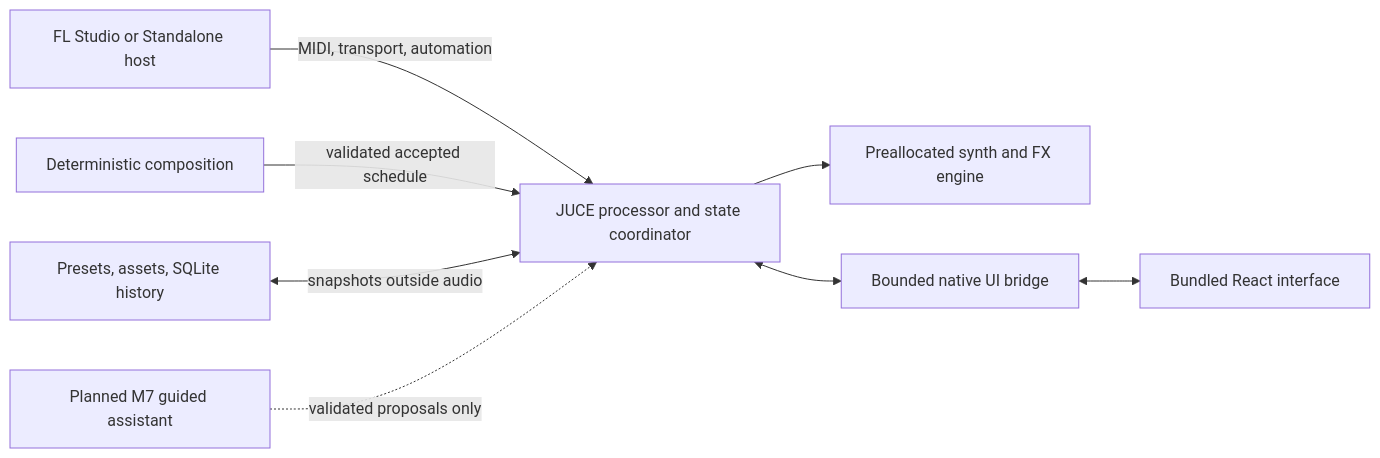
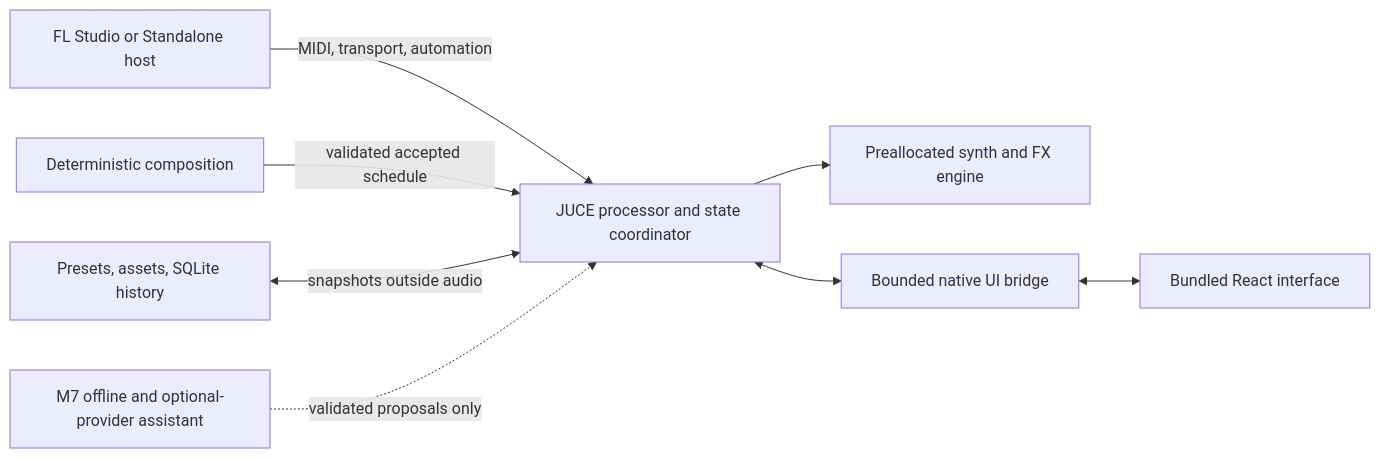
One commit to HermannPR/folk-park changed the diagram in README.md. Above: the diagram before and after it, drawn with Mermaid. The commit also changed other lines of this file and 8 other files, not shown here.

````diff
--- a/README.md
+++ b/README.md
@@ -48,10 +48,10 @@
 ```mermaid
 flowchart LR
     Host[FL Studio or Standalone host] -->|MIDI, transport, automation| Processor[JUCE processor and state coordinator]
     Processor --> Audio[Preallocated synth and FX engine]
     Processor <--> Bridge[Bounded native UI bridge]
     Bridge <--> UI[Bundled React interface]
     Compose[Deterministic composition] -->|validated accepted schedule| Processor
     Persistence[Presets, assets, SQLite history] <-->|snapshots outside audio| Processor
-    Assistant[Planned M7 guided assistant] -.->|validated proposals only| Processor
+    Assistant[M7 offline and optional-provider assistant] -.->|validated proposals only| Processor
 ```
````
